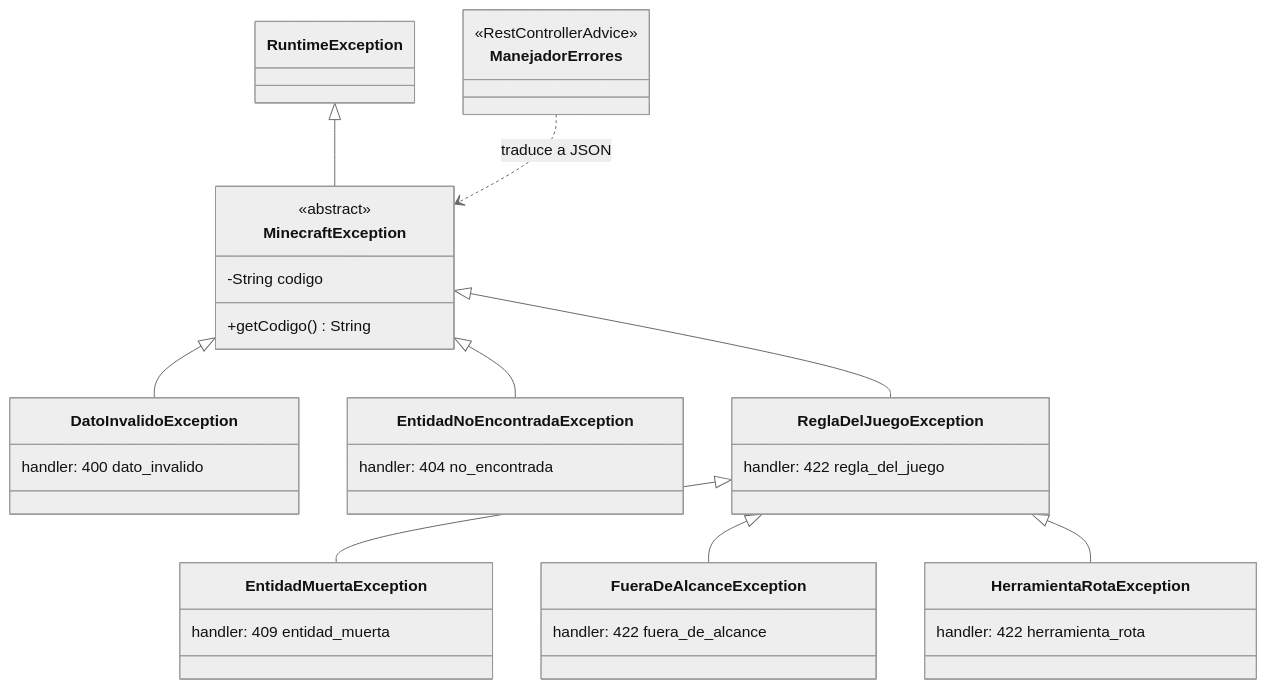
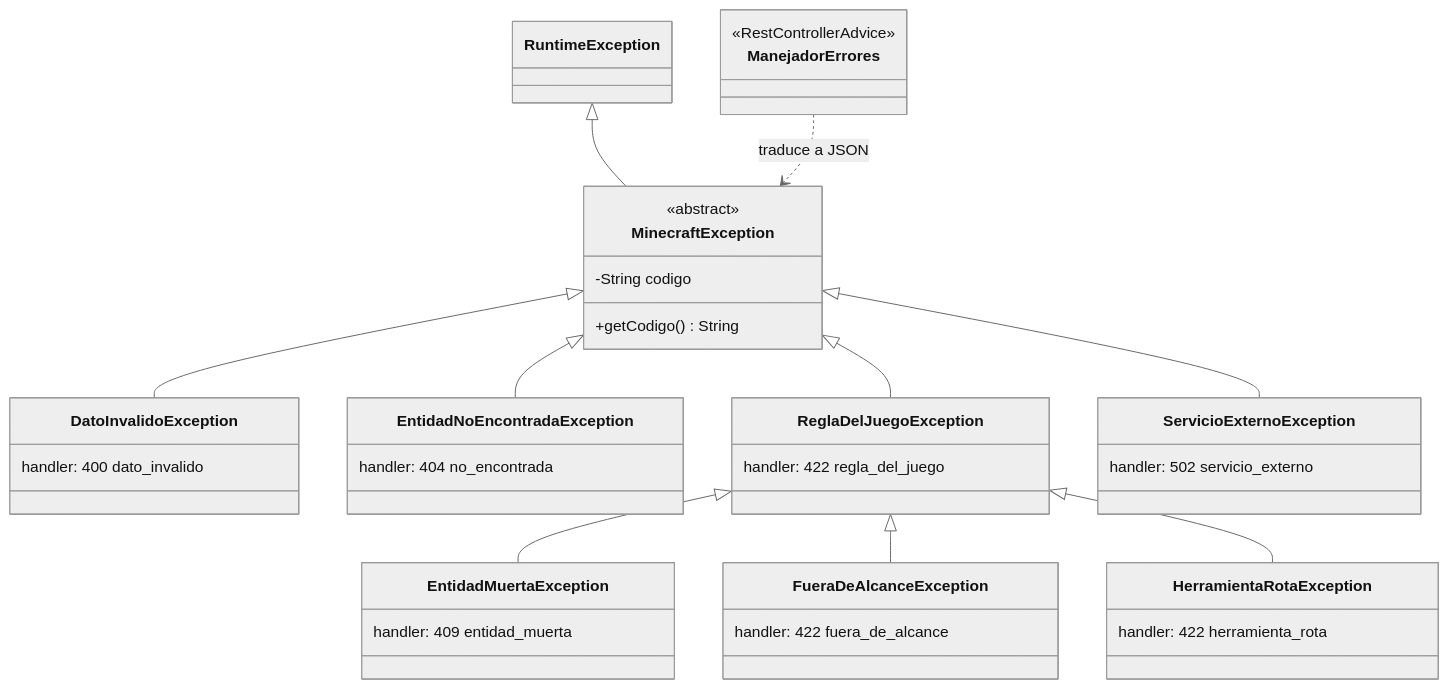
One commit to IrinaInsfran/ii-taller-git-2026 changed the second of 2 diagrams in README.md. Above: the diagram before and after it, drawn with Mermaid (neutral theme). The commit also changed other lines of this file and 37 other files, not shown here.

````diff
--- a/README.md
+++ b/README.md
@@ -385,39 +421,43 @@
 ```mermaid
 classDiagram
     class RuntimeException
     class MinecraftException {
         <<abstract>>
         -String codigo
         +getCodigo() String
     }
     class DatoInvalidoException {
         handler: 400 dato_invalido
     }
     class EntidadNoEncontradaException {
         handler: 404 no_encontrada
     }
     class ReglaDelJuegoException {
         handler: 422 regla_del_juego
     }
     class EntidadMuertaException {
         handler: 409 entidad_muerta
     }
     class FueraDeAlcanceException {
         handler: 422 fuera_de_alcance
     }
     class HerramientaRotaException {
         handler: 422 herramienta_rota
     }
+    class ServicioExternoException {
+        handler: 502 servicio_externo
+    }
     class ManejadorErrores {
         <<RestControllerAdvice>>
     }
 
     RuntimeException <|-- MinecraftException
     MinecraftException <|-- DatoInvalidoException
     MinecraftException <|-- EntidadNoEncontradaException
     MinecraftException <|-- ReglaDelJuegoException
     ReglaDelJuegoException <|-- EntidadMuertaException
     ReglaDelJuegoException <|-- FueraDeAlcanceException
     ReglaDelJuegoException <|-- HerramientaRotaException
+    MinecraftException <|-- ServicioExternoException
     ManejadorErrores ..> MinecraftException : traduce a JSON
 ```
````
